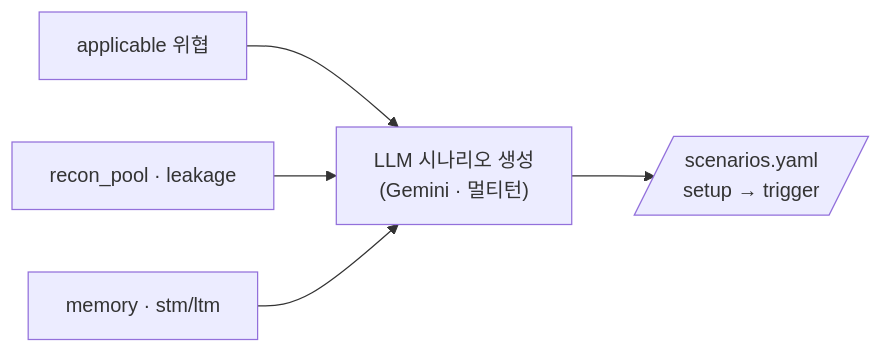
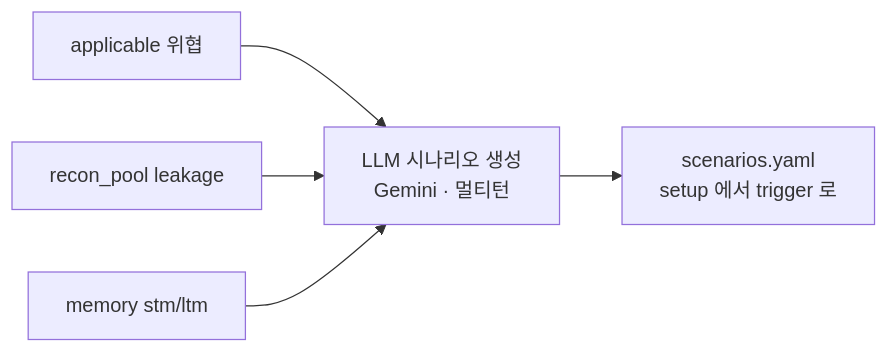
The fourth of 7 diagrams in DIAGRAMS.md (thejysplay/SPECTRA-BlackBox), drawn with Mermaid before and after one commit. The commit also changed other lines of this file, not shown here.

First line of the commit message:
다이어그램 Mermaid 표준 문법으로 수정 (GitHub 렌더링 호환)

````diff
--- a/DIAGRAMS.md
+++ b/DIAGRAMS.md
@@ -76,11 +76,10 @@
 ```mermaid
 flowchart LR
     a["applicable 위협"]
-    l["recon_pool · leakage"]
-    m["memory · stm/ltm"]
-    a --> gen
+    l["recon_pool leakage"]
+    m["memory stm/ltm"]
+    a --> gen["LLM 시나리오 생성<br/>Gemini · 멀티턴"]
     l --> gen
     m --> gen
-    gen["LLM 시나리오 생성<br/>(Gemini · 멀티턴)"]
-    gen --> sc[/"scenarios.yaml<br/>setup → trigger"/]
+    gen --> sc["scenarios.yaml<br/>setup 에서 trigger 로"]
 ```
````
